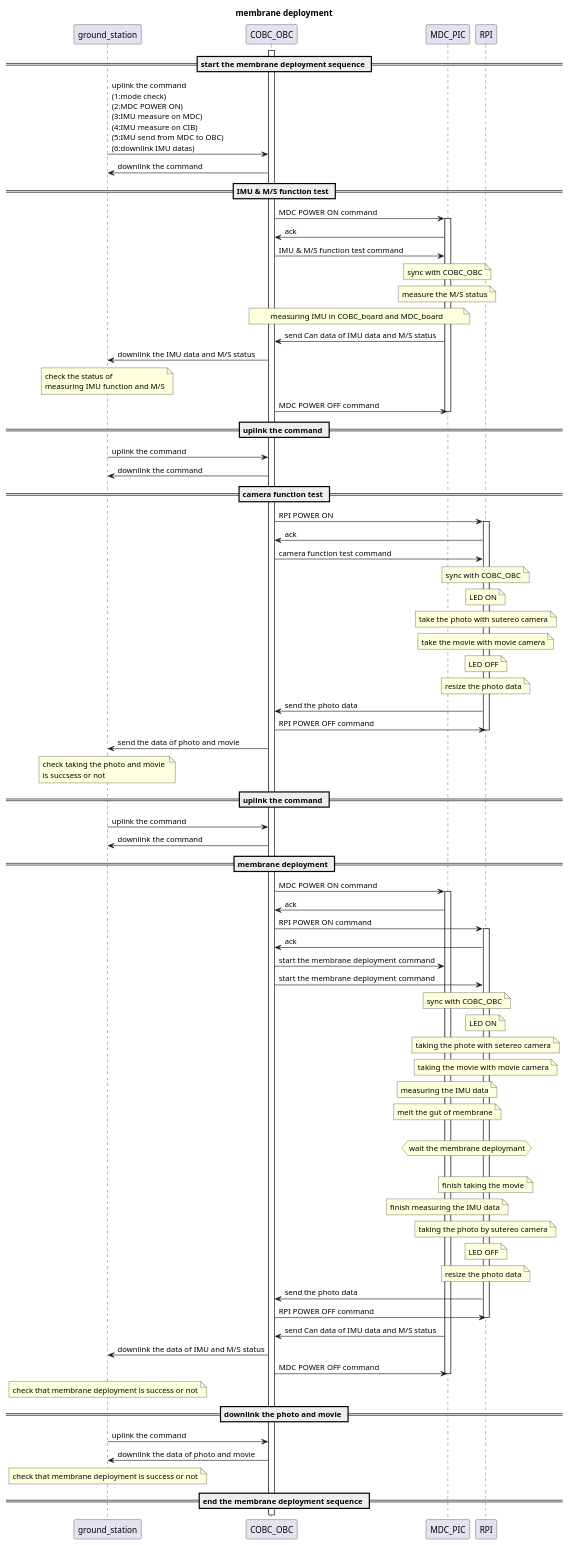
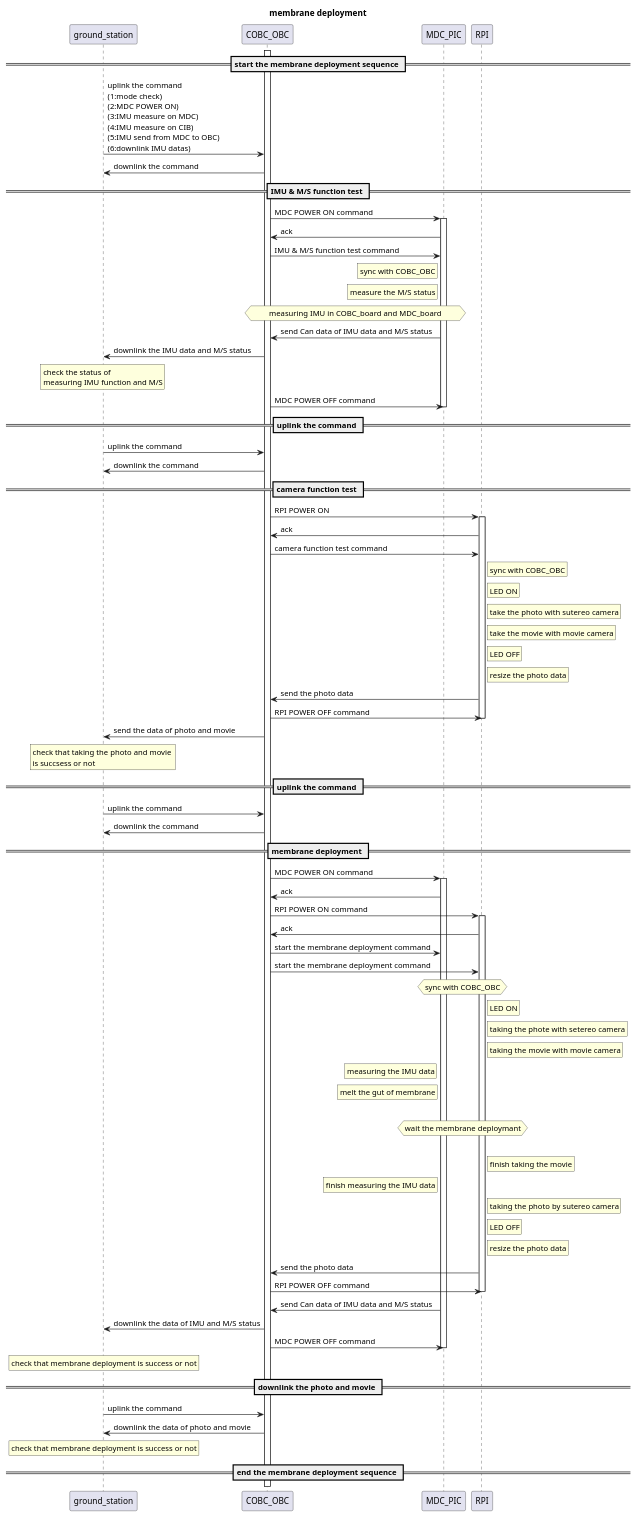
One commit to OrigamiSat1Project/Operation_UML changed the diagram in sequence_map/membrane_deployment_nominal.pu. Above: the diagram before and after it, drawn with PlantUML.

Commit message:
make the nominl membrane deployment code without any conditional branchs2

```diff
--- a/sequence_map/membrane_deployment_nominal.pu
+++ b/sequence_map/membrane_deployment_nominal.pu
@@ -3,91 +3,91 @@
 @startuml
 title membrane deployment
 
 participant ground_station
 participant COBC_OBC
 participant MDC_PIC
 participant RPI
 
 == start the membrane deployment sequence ==
 activate COBC_OBC
 ground_station -> COBC_OBC: uplink the command \n(1:mode check) \n(2:MDC POWER ON) \n(3:IMU measure on MDC) \n(4:IMU measure on CIB) \n(5:IMU send from MDC to OBC) \n(6:downlink IMU datas)
 COBC_OBC -> ground_station: downlink the command 
 
 == IMU & M/S function test ==
 COBC_OBC -> MDC_PIC         : MDC POWER ON command
 activate MDC_PIC
 MDC_PIC  -> COBC_OBC        : ack
 COBC_OBC -> MDC_PIC         : IMU & M/S function test command
-note over MDC_PIC           : sync with COBC_OBC
-note over MDC_PIC           : measure the M/S status
-note over COBC_OBC, MDC_PIC : measuring IMU in COBC_board and MDC_board
+rnote left of MDC_PIC           : sync with COBC_OBC
+rnote left of MDC_PIC           : measure the M/S status
+hnote over COBC_OBC, MDC_PIC : measuring IMU in COBC_board and MDC_board
 MDC_PIC  -> COBC_OBC        : send Can data of IMU data and M/S status
 COBC_OBC -> ground_station  : downlink the IMU data and M/S status
-note over ground_station    : check the status of \nmeasuring IMU function and M/S
+rnote over ground_station    : check the status of \nmeasuring IMU function and M/S
 COBC_OBC -> MDC_PIC         : MDC POWER OFF command
 deactivate MDC_PIC
 
 == uplink the command ==
 ground_station -> COBC_OBC  : uplink the command
 COBC_OBC -> ground_station  : downlink the command
 
 == camera function test ==
 COBC_OBC -> RPI             : RPI POWER ON
 activate RPI
 RPI -> COBC_OBC             : ack
 COBC_OBC -> RPI             : camera function test command
-note over RPI               : sync with COBC_OBC
-note over RPI               : LED ON
-note over RPI               : take the photo with sutereo camera
-note over RPI               : take the movie with movie camera
-note over RPI               : LED OFF
-note over RPI               : resize the photo data
+rnote right of RPI               : sync with COBC_OBC
+rnote right of RPI               : LED ON
+rnote right of RPI               : take the photo with sutereo camera
+rnote right of RPI               : take the movie with movie camera
+rnote right of RPI               : LED OFF
+rnote right of RPI               : resize the photo data
 RPI -> COBC_OBC             : send the photo data
 COBC_OBC -> RPI             : RPI POWER OFF command
 deactivate RPI
 COBC_OBC -> ground_station  : send the data of photo and movie
-note over ground_station    : check taking the photo and movie \nis succsess or not
+rnote over ground_station    : check that taking the photo and movie \nis succsess or not
 
 == uplink the command ==
 ground_station -> COBC_OBC  : uplink the command
 COBC_OBC -> ground_station  : downlink the command
 
 == membrane deployment ==
 COBC_OBC -> MDC_PIC         : MDC POWER ON command
 activate MDC_PIC
 MDC_PIC -> COBC_OBC         : ack
 COBC_OBC -> RPI             : RPI POWER ON command
 activate RPI
 RPI -> COBC_OBC             : ack
 COBC_OBC -> MDC_PIC         : start the membrane deployment command
 COBC_OBC -> RPI             : start the membrane deployment command
-note over MDC_PIC, RPI      : sync with COBC_OBC
-note over RPI               : LED ON
-note over RPI               : taking the phote with setereo camera
-note over RPI               : taking the movie with movie camera
-note over MDC_PIC           : measuring the IMU data
-note over MDC_PIC           : melt the gut of membrane
+hnote over MDC_PIC, RPI      : sync with COBC_OBC
+rnote right of RPI               : LED ON
+rnote right of RPI               : taking the phote with setereo camera
+rnote right of RPI               : taking the movie with movie camera
+rnote left of MDC_PIC           : measuring the IMU data
+rnote left of MDC_PIC           : melt the gut of membrane
 |||
 hnote over RPI,MDC_PIC       : wait the membrane deploymant
 |||
-note over RPI               : finish taking the movie
-note over MDC_PIC           : finish measuring the IMU data
-note over RPI               : taking the photo by sutereo camera
-note over RPI               : LED OFF
-note over RPI               : resize the photo data
+rnote right of RPI               : finish taking the movie
+rnote left of MDC_PIC           : finish measuring the IMU data
+rnote right of RPI               : taking the photo by sutereo camera
+rnote right of RPI               : LED OFF
+rnote right of RPI               : resize the photo data
 RPI -> COBC_OBC             : send the photo data
 COBC_OBC -> RPI             : RPI POWER OFF command
 deactivate RPI
 MDC_PIC -> COBC_OBC         : send Can data of IMU data and M/S status
 COBC_OBC -> ground_station  : downlink the data of IMU and M/S status
 COBC_OBC -> MDC_PIC         : MDC POWER OFF command
 deactivate MDC_PIC
-note over ground_station    : check that membrane deployment is success or not
+rnote over ground_station    : check that membrane deployment is success or not
 
 == downlink the photo and movie ==
 ground_station -> COBC_OBC  : uplink the command
 COBC_OBC -> ground_station  : downlink the data of photo and movie
-note over ground_station    : check that membrane deployment is success or not
+rnote over ground_station    : check that membrane deployment is success or not
 
 == end the membrane deployment sequence ==
 @enduml
```
